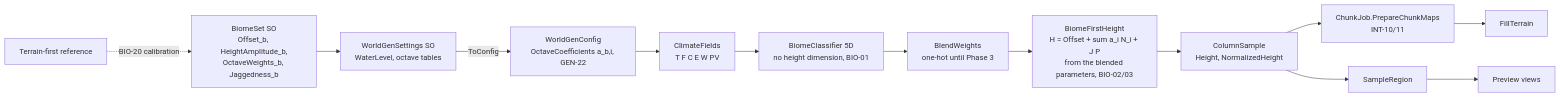
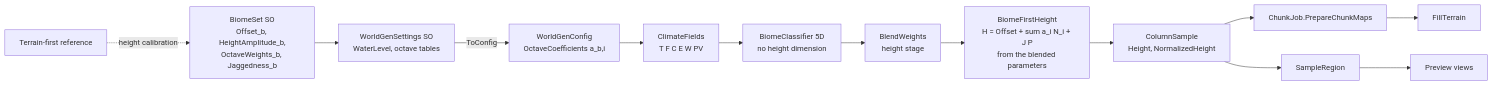
The fourth of 7 diagrams in Assets/Engine/Docs/WorldGenerationPipeline.md (anilas5235/Infinitile), drawn with Mermaid before and after one commit. The commit also changed other lines of this file and 281 other files, not shown here.

````diff
--- a/Assets/Engine/Docs/WorldGenerationPipeline.md
+++ b/Assets/Engine/Docs/WorldGenerationPipeline.md
@@ -370,14 +362,14 @@
 ```mermaid
 flowchart LR
-    S[WorldGenSettings SO\nWaterLevel, octave tables] -->|ToConfig| C[WorldGenConfig\nOctaveCoefficients a_b,i, GEN-22]
+    S[WorldGenSettings SO\nWaterLevel, octave tables] -->|ToConfig| C[WorldGenConfig\nOctaveCoefficients a_b,i]
     B[BiomeSet SO\nOffset_b, HeightAmplitude_b,\nOctaveWeights_b, Jaggedness_b] --> S
     C --> F[ClimateFields\nT F C E W PV]
-    F --> K[BiomeClassifier 5D\nno height dimension, BIO-01]
-    K --> W[BlendWeights\none-hot until Phase 3]
-    W --> H[BiomeFirstHeight\nH = Offset + sum a_i N_i + J P\nfrom the blended parameters, BIO-02/03]
+    F --> K[BiomeClassifier 5D\nno height dimension]
+    K --> W[BlendWeights\nheight stage]
+    W --> H[BiomeFirstHeight\nH = Offset + sum a_i N_i + J P\nfrom the blended parameters]
     H --> O[ColumnSample\nHeight, NormalizedHeight]
-    O --> J[ChunkJob.PrepareChunkMaps\nINT-10/11]
+    O --> J[ChunkJob.PrepareChunkMaps]
     J --> V[FillTerrain]
     O --> R[SampleRegion] --> P[Preview views]
-    T[Terrain-first reference] -.->|BIO-20 calibration| B
+    T[Terrain-first reference] -.->|height calibration| B
 ```
````
